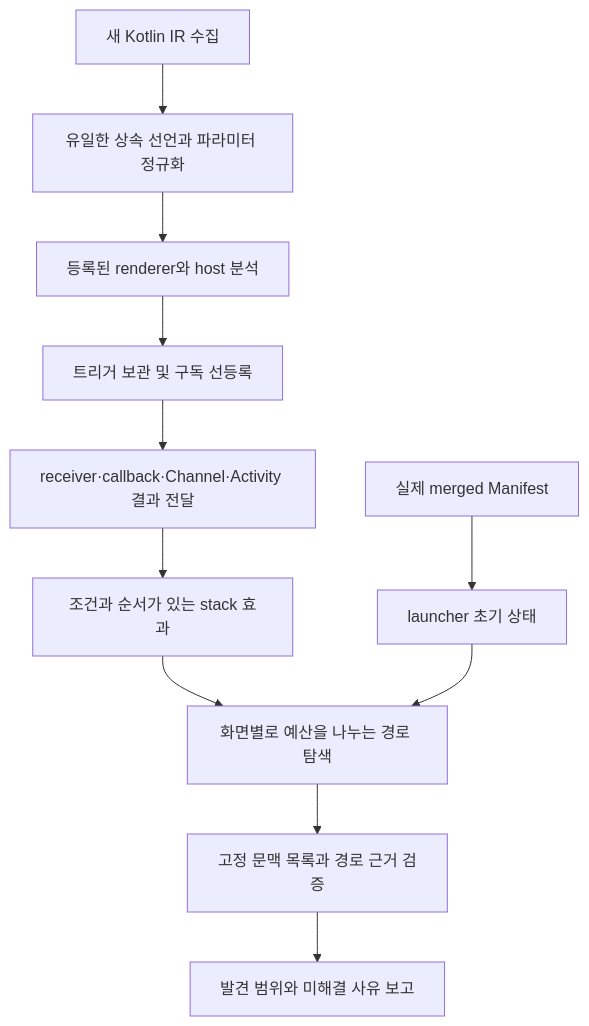
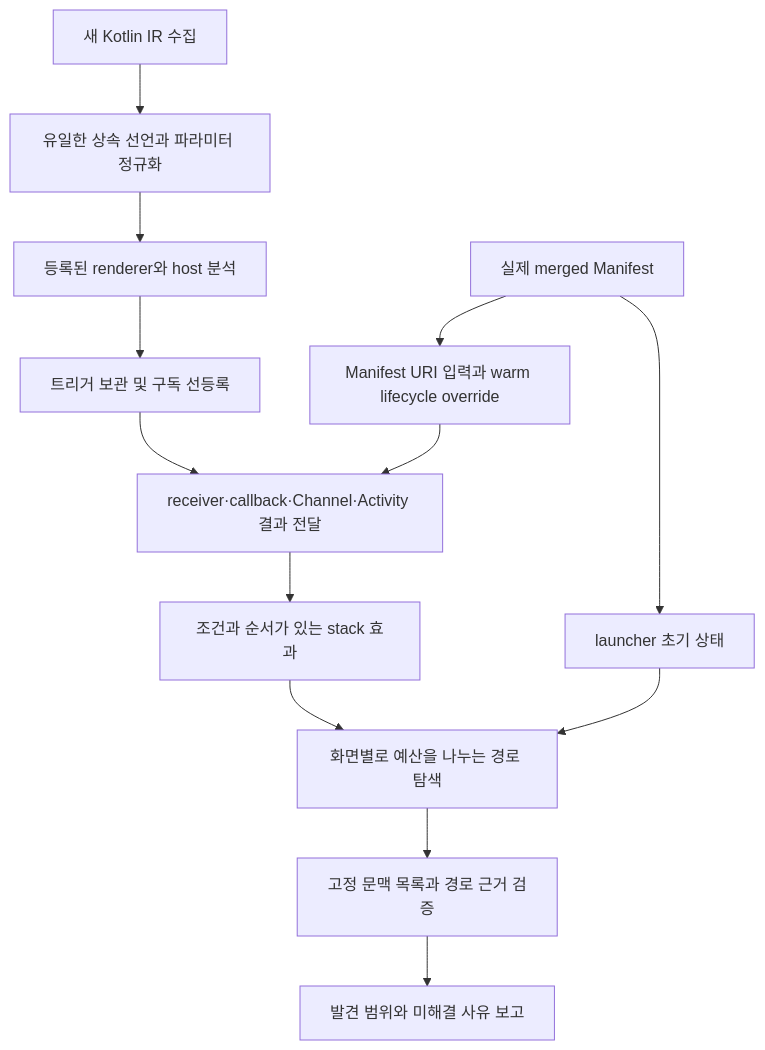
The diagram in docs/15-access-path-coverage.md (android-apm-tool/android-apm), drawn with Mermaid before and after one commit. The commit also changed other lines of this file and 10 other files, not shown here.

````diff
--- a/docs/15-access-path-coverage.md
+++ b/docs/15-access-path-coverage.md
@@ -54,13 +76,15 @@
 ```mermaid
 flowchart TD
     S[새 Kotlin IR 수집] --> I[유일한 상속 선언과 파라미터 정규화]
     I --> R[등록된 renderer와 host 분석]
     R --> Q[트리거 보관 및 구독 선등록]
     Q --> E[receiver·callback·Channel·Activity 결과 전달]
     E --> T[조건과 순서가 있는 stack 효과]
+    M --> X[Manifest URI 입력과 warm lifecycle override]
+    X --> E
     M[실제 merged Manifest] --> P[launcher 초기 상태]
     T --> F[화면별로 예산을 나누는 경로 탐색]
     P --> F
     F --> V[고정 문맥 목록과 경로 근거 검증]
     V --> C[발견 범위와 미해결 사유 보고]
 ```
````
